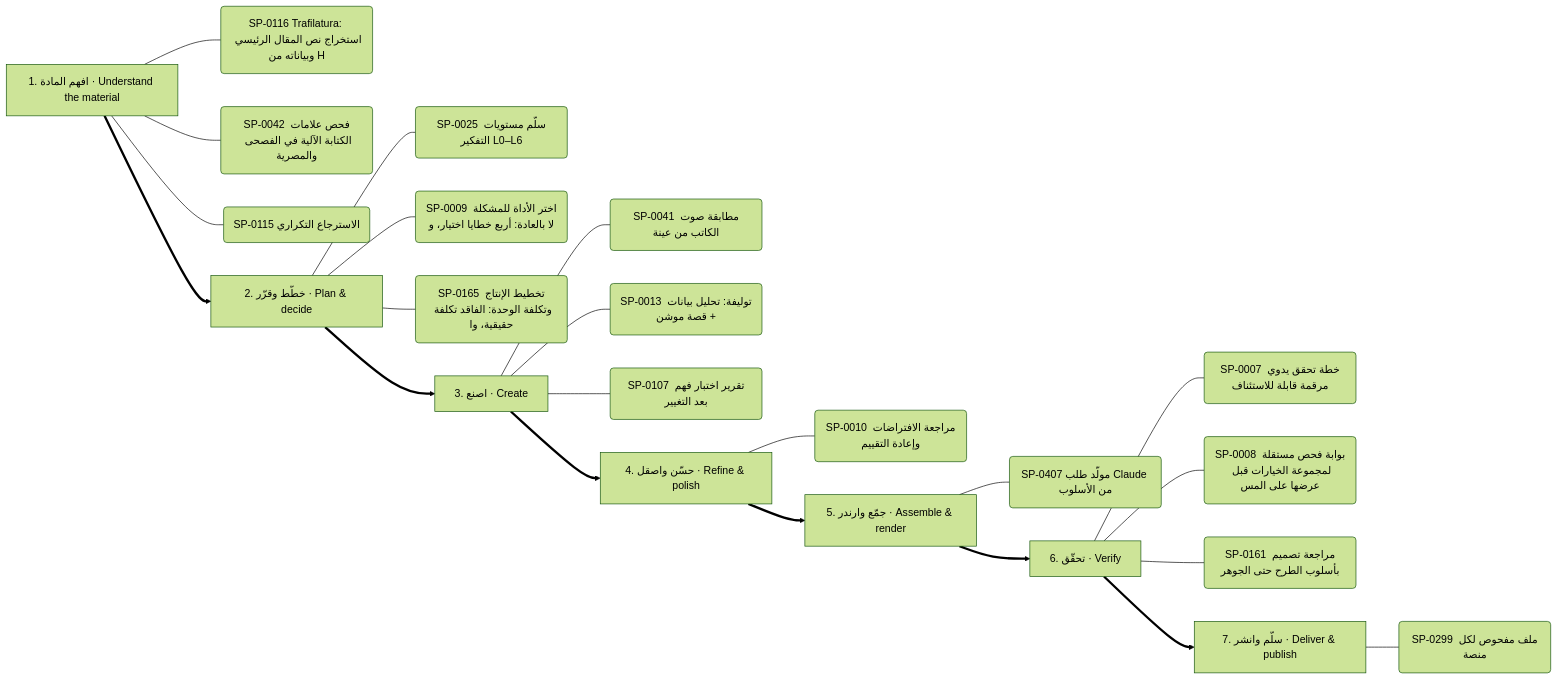
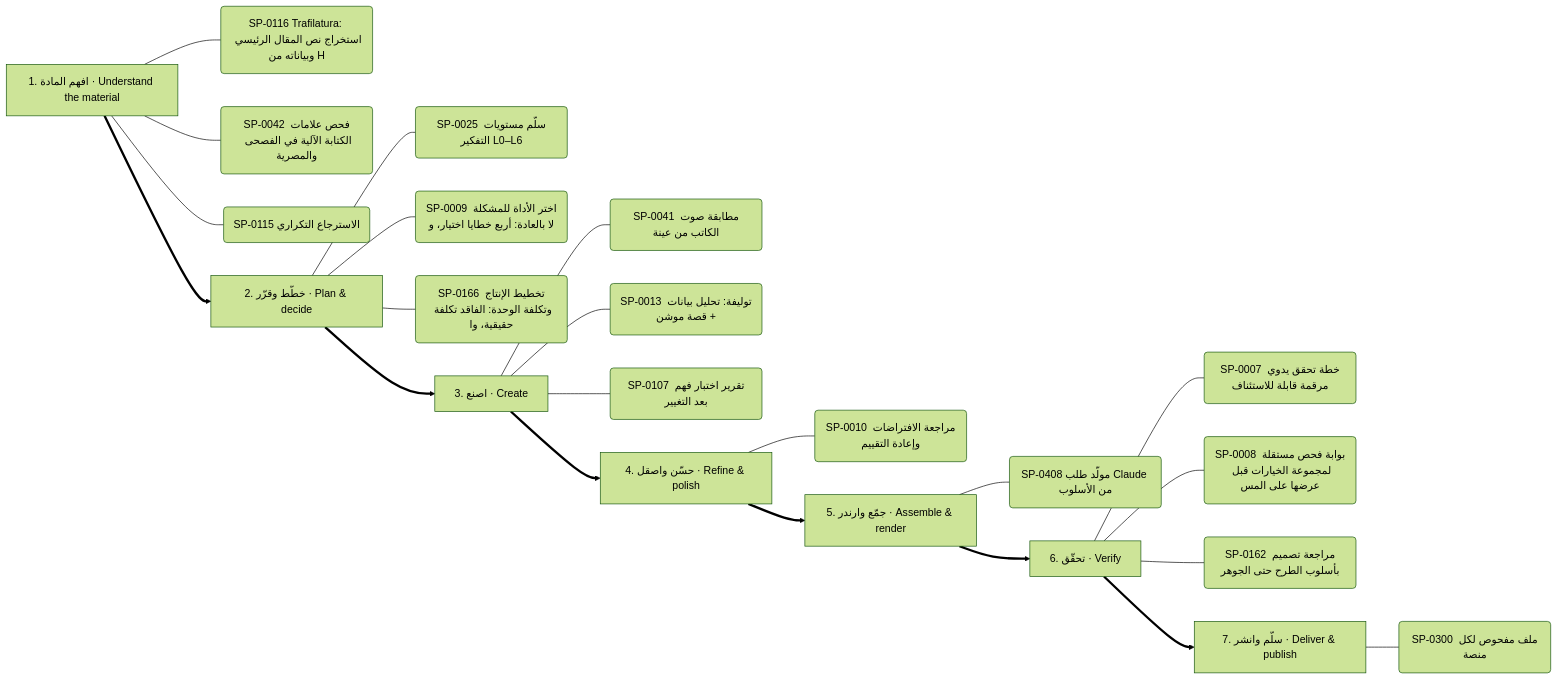
Diagram 13 of 13 in .claude/skills/kosif-superpowers/references/capability-mindmap.md (kosif199022-jpg/kosif-tool), drawn with Mermaid (forest theme) before and after one commit. The commit also changed other lines of this file and 57 other files, not shown here.

````diff
--- a/.claude/skills/kosif-superpowers/references/capability-mindmap.md
+++ b/.claude/skills/kosif-superpowers/references/capability-mindmap.md
@@ -648,31 +648,31 @@
 ```mermaid
 flowchart LR
   S0["1. افهم المادة · Understand the material"]
   S0 --- S0_0("SP-0116 Trafilatura: استخراج نص المقال الرئيسي وبياناته من H")
   S0 --- S0_1("SP-0042 فحص علامات الكتابة الآلية في الفصحى والمصرية")
   S0 --- S0_2("SP-0115 الاسترجاع التكراري")
   S1["2. خطّط وقرّر · Plan & decide"]
   S1 --- S1_0("SP-0025 سلّم مستويات التفكير L0–L6")
   S1 --- S1_1("SP-0009 اختر الأداة للمشكلة لا بالعادة: أربع خطايا اختيار، و")
-  S1 --- S1_2("SP-0165 تخطيط الإنتاج وتكلفة الوحدة: الفاقد تكلفة حقيقية، وا")
+  S1 --- S1_2("SP-0166 تخطيط الإنتاج وتكلفة الوحدة: الفاقد تكلفة حقيقية، وا")
   S0 ==> S1
   S2["3. اصنع · Create"]
   S2 --- S2_0("SP-0041 مطابقة صوت الكاتب من عينة")
   S2 --- S2_1("SP-0013 توليفة: تحليل بيانات + قصة موشن")
   S2 --- S2_2("SP-0107 تقرير اختبار فهم بعد التغيير")
   S1 ==> S2
   S3["4. حسّن واصقل · Refine & polish"]
   S3 --- S3_0("SP-0010 مراجعة الافتراضات وإعادة التقييم")
   S2 ==> S3
   S4["5. جمّع وارندر · Assemble & render"]
-  S4 --- S4_0("SP-0407 مولّد طلب Claude من الأسلوب")
+  S4 --- S4_0("SP-0408 مولّد طلب Claude من الأسلوب")
   S3 ==> S4
   S5["6. تحقّق · Verify"]
   S5 --- S5_0("SP-0007 خطة تحقق يدوي مرقمة قابلة للاستئناف")
   S5 --- S5_1("SP-0008 بوابة فحص مستقلة لمجموعة الخيارات قبل عرضها على المس")
-  S5 --- S5_2("SP-0161 مراجعة تصميم بأسلوب الطرح حتى الجوهر")
+  S5 --- S5_2("SP-0162 مراجعة تصميم بأسلوب الطرح حتى الجوهر")
   S4 ==> S5
   S6["7. سلّم وانشر · Deliver & publish"]
-  S6 --- S6_0("SP-0299 ملف مفحوص لكل منصة")
+  S6 --- S6_0("SP-0300 ملف مفحوص لكل منصة")
   S5 ==> S6
 ```
````
